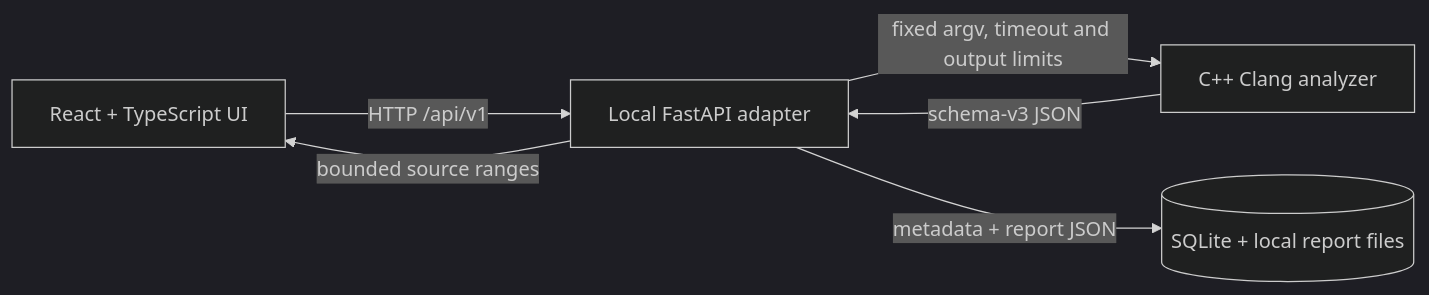
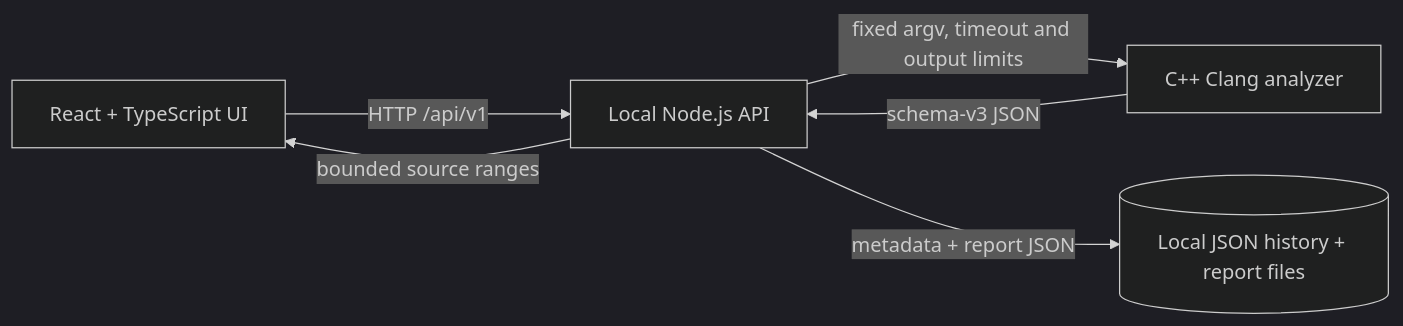
One commit to sathvik333m/IRQGuard changed the diagram in README.md. Above: the diagram before and after it, drawn with Mermaid (dark theme). The commit also changed other lines of this file and 14 other files, not shown here.

````diff
--- a/README.md
+++ b/README.md
@@ -62,8 +64,8 @@
 ```mermaid
 flowchart LR
-  Browser[React + TypeScript UI] -->|HTTP /api/v1| API[Local FastAPI adapter]
+  Browser[React + TypeScript UI] -->|HTTP /api/v1| API[Local Node.js API]
   API -->|fixed argv, timeout and output limits| Analyzer[C++ Clang analyzer]
   Analyzer -->|schema-v3 JSON| API
-  API -->|metadata + report JSON| DB[(SQLite + local report files)]
+  API -->|metadata + report JSON| DB[(Local JSON history + report files)]
   API -->|bounded source ranges| Browser
 ```
````
